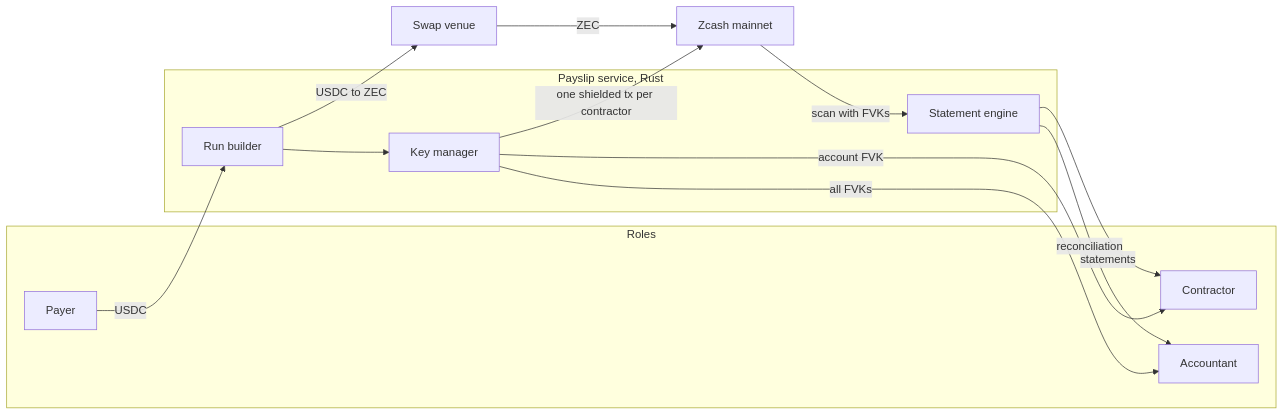
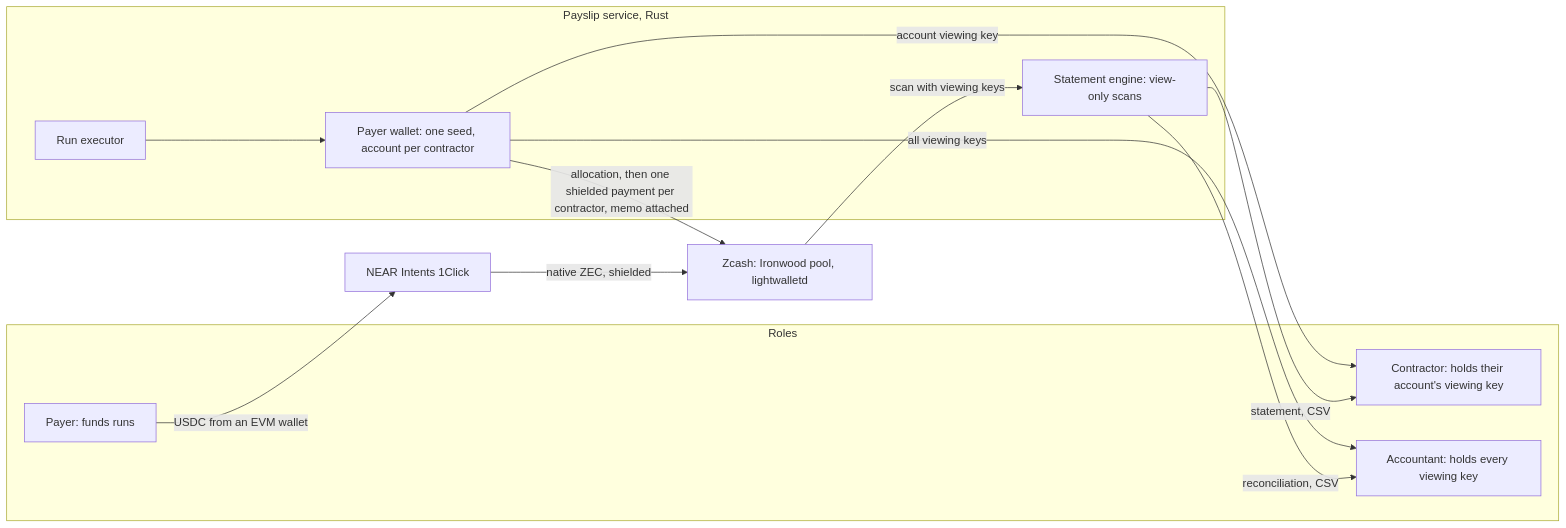
One commit to pratikasr/payslip changed the diagram in README.md. Above: the diagram before and after it, drawn with Mermaid. The commit also changed other lines of this file and 11 other files, not shown here.

````diff
--- a/README.md
+++ b/README.md
@@ -29,26 +55,25 @@
 ```mermaid
 flowchart LR
     subgraph roles [Roles]
-        Payer[Payer]
-        Contractor[Contractor]
-        Accountant[Accountant]
+        Payer[Payer: funds runs]
+        Contractor[Contractor: holds their account's viewing key]
+        Accountant[Accountant: holds every viewing key]
     end
     subgraph service [Payslip service, Rust]
-        RB[Run builder]
-        KM[Key manager]
-        SE[Statement engine]
+        RB[Run executor]
+        KM[Payer wallet: one seed, account per contractor]
+        SE[Statement engine: view-only scans]
     end
-    Swap[Swap venue]
-    Zcash[Zcash mainnet]
+    Venue[NEAR Intents 1Click]
+    Zcash[Zcash: Ironwood pool, lightwalletd]
 
-    Payer -->|USDC| RB
-    RB -->|USDC to ZEC| Swap
-    Swap -->|ZEC| Zcash
+    Payer -->|USDC from an EVM wallet| Venue
+    Venue -->|native ZEC, shielded| Zcash
     RB --> KM
-    KM -->|one shielded tx per contractor| Zcash
-    KM -->|account FVK| Contractor
-    KM -->|all FVKs| Accountant
-    Zcash -->|scan with FVKs| SE
-    SE -->|statements| Contractor
-    SE -->|reconciliation| Accountant
+    KM -->|allocation, then one shielded payment per contractor, memo attached| Zcash
+    KM -->|account viewing key| Contractor
+    KM -->|all viewing keys| Accountant
+    Zcash -->|scan with viewing keys| SE
+    SE -->|statement, CSV| Contractor
+    SE -->|reconciliation, CSV| Accountant
 ```
````
